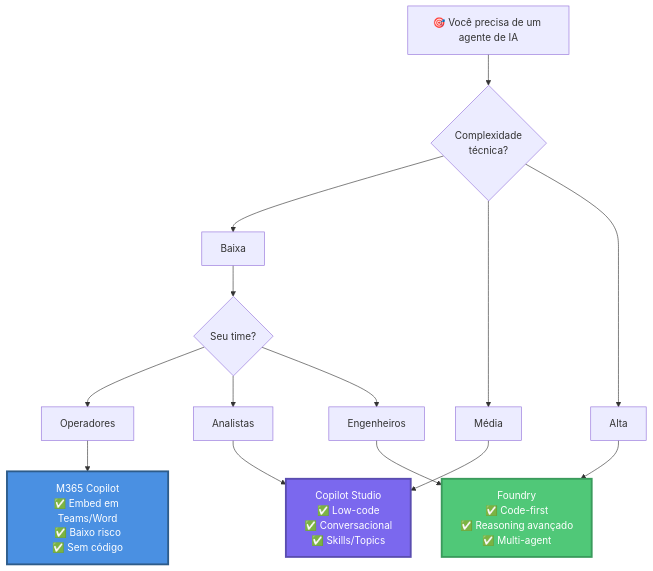
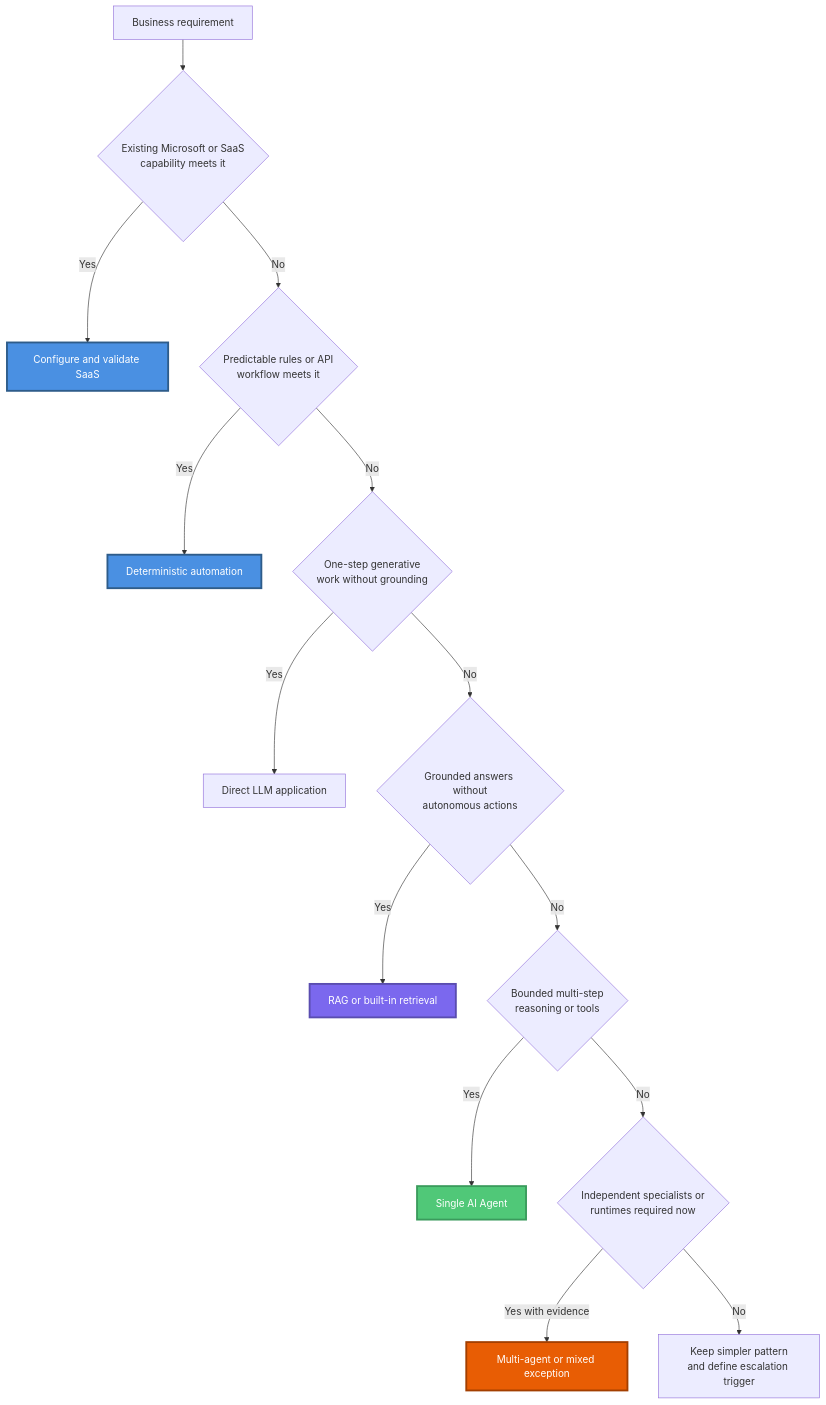
Before and after one commit to fabioharams/hubsp-ai-skill: the diagram in chapters/21-tool-decision-tree.md, drawn with Mermaid. The commit also changed other lines of this file and 31 other files, not shown here.

````diff
--- a/chapters/21-tool-decision-tree.md
+++ b/chapters/21-tool-decision-tree.md
@@ -3,39 +3,22 @@
 ```mermaid
 graph TD
-    A["🎯 Você precisa de um agente de IA"]
-    
-    B{Complexidade<br/>técnica?}
-    B1["Baixa"]
-    B2["Média"]
-    B3["Alta"]
-    
-    C["M365 Copilot<br/>✅ Embed em Teams/Word<br/>✅ Baixo risco<br/>✅ Sem código"]
-    D["Copilot Studio<br/>✅ Low-code<br/>✅ Conversacional<br/>✅ Skills/Topics"]
-    E["Foundry<br/>✅ Code-first<br/>✅ Reasoning avançado<br/>✅ Multi-agent"]
-    
-    F{Seu time?}
-    F1["Operadores"]
-    F2["Analistas"]
-    F3["Engenheiros"]
-    
-    A --> B
-    B --> B1
-    B --> B2
-    B --> B3
-    
-    B1 --> F
-    B2 --> D
-    B3 --> E
-    
-    F --> F1
-    F --> F2
-    F --> F3
-    
-    F1 --> C
-    F2 --> D
-    F3 --> E
-    
+    A["Business requirement"] --> B{"Existing Microsoft or SaaS<br/>capability meets it"}
+    B -->|Yes| C["Configure and validate SaaS"]
+    B -->|No| D{"Predictable rules or API<br/>workflow meets it"}
+    D -->|Yes| E["Deterministic automation"]
+    D -->|No| F{"One-step generative<br/>work without grounding"}
+    F -->|Yes| G["Direct LLM application"]
+    F -->|No| H{"Grounded answers without<br/>autonomous actions"}
+    H -->|Yes| I["RAG or built-in retrieval"]
+    H -->|No| J{"Bounded multi-step<br/>reasoning or tools"}
+    J -->|Yes| K["Single AI Agent"]
+    J -->|No| L{"Independent specialists or<br/>runtimes required now"}
+    L -->|Yes with evidence| M["Multi-agent or mixed exception"]
+    L -->|No| N["Keep simpler pattern<br/>and define escalation trigger"]
+
     style C fill:#4A90E2,stroke:#2E5C8A,color:#fff,stroke-width:3px
-    style D fill:#7B68EE,stroke:#5A4DB0,color:#fff,stroke-width:3px
-    style E fill:#50C878,stroke:#3A9B5C,color:#fff,stroke-width:3px
+    style E fill:#4A90E2,stroke:#2E5C8A,color:#fff,stroke-width:3px
+    style I fill:#7B68EE,stroke:#5A4DB0,color:#fff,stroke-width:3px
+    style K fill:#50C878,stroke:#3A9B5C,color:#fff,stroke-width:3px
+    style M fill:#E85D04,stroke:#A33F00,color:#fff,stroke-width:3px
 ```
````
